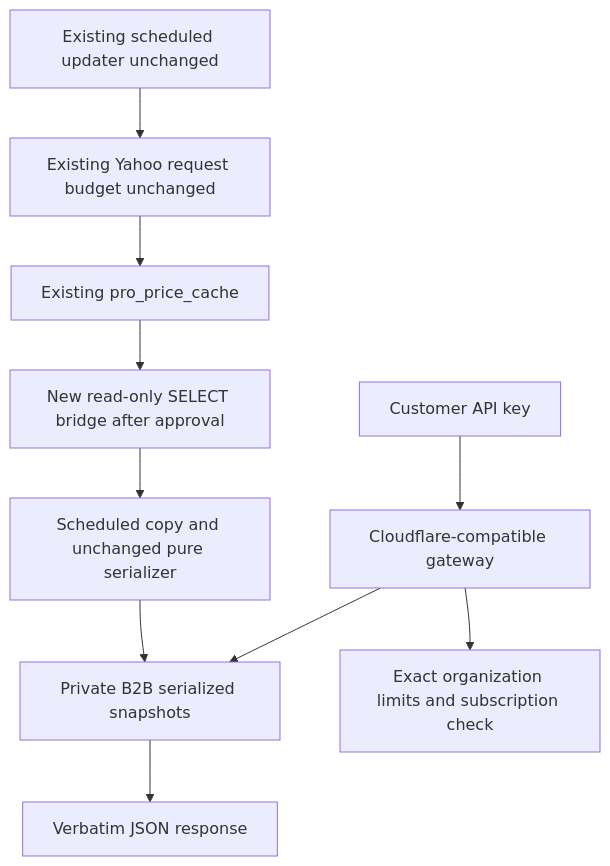
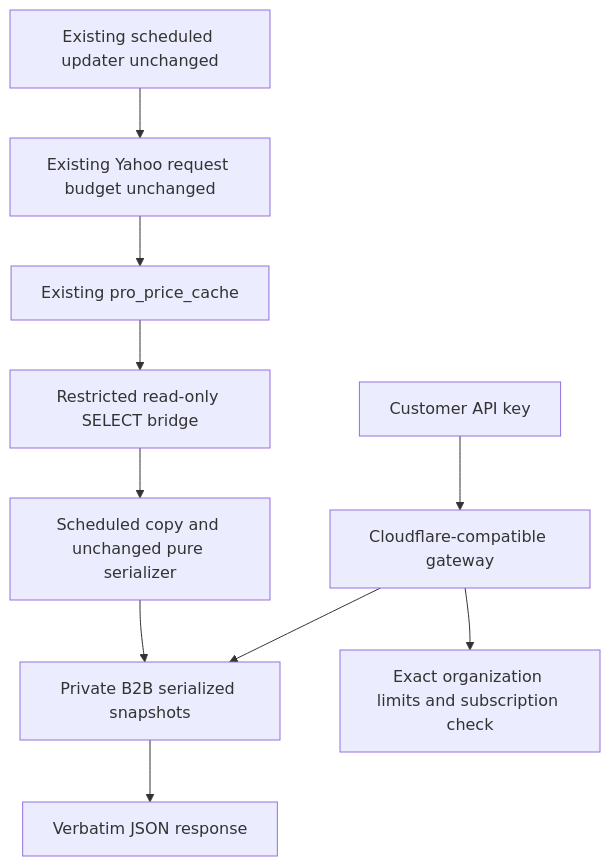
One commit to andyno30/SPX-SPY-Converter changed the diagram in docs/b2b-api/ARCHITECTURE.md. Above: the diagram before and after it, drawn with Mermaid. The commit also changed other lines of this file and 13 other files, not shown here.

````diff
--- a/docs/b2b-api/ARCHITECTURE.md
+++ b/docs/b2b-api/ARCHITECTURE.md
@@ -43,12 +43,12 @@
 ```mermaid
 flowchart TD
   U[Existing scheduled updater unchanged] --> Y[Existing Yahoo request budget unchanged]
   Y --> S[Existing pro_price_cache]
-  S --> R[New read-only SELECT bridge after approval]
+  S --> R[Restricted read-only SELECT bridge]
   R --> C[Scheduled copy and unchanged pure serializer]
   C --> B[Private B2B serialized snapshots]
   K[Customer API key] --> W[Cloudflare-compatible gateway]
   W --> A[Exact organization limits and subscription check]
   W --> B
   B --> J[Verbatim JSON response]
 ```
````
